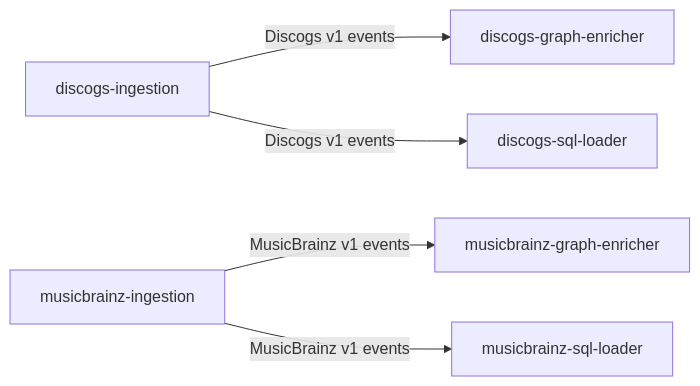
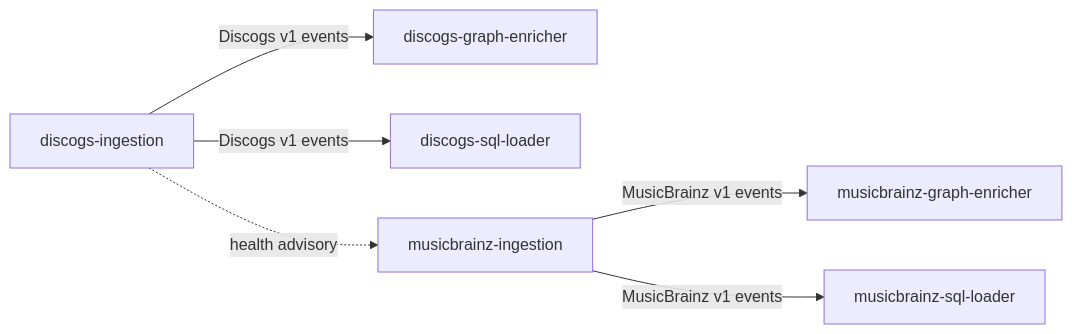
One commit to groovemap-music/design changed the diagram in docs/adr/0005-source-owned-catalog-ingestion.md. Above: the diagram before and after it, drawn with Mermaid. The commit also changed other lines of this file and 12 other files, not shown here.

````diff
--- a/docs/adr/0005-source-owned-catalog-ingestion.md
+++ b/docs/adr/0005-source-owned-catalog-ingestion.md
@@ -34,7 +37,8 @@
 ```mermaid
 flowchart LR
     D[discogs-ingestion] -->|Discogs v1 events| DG[discogs-graph-enricher]
     D -->|Discogs v1 events| DS[discogs-sql-loader]
     M[musicbrainz-ingestion] -->|MusicBrainz v1 events| MG[musicbrainz-graph-enricher]
     M -->|MusicBrainz v1 events| MS[musicbrainz-sql-loader]
+    D -. health advisory .-> M
 ```
````
